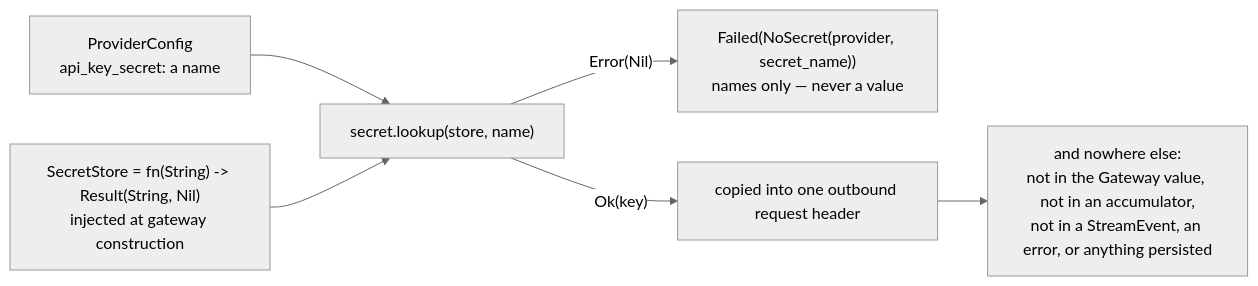
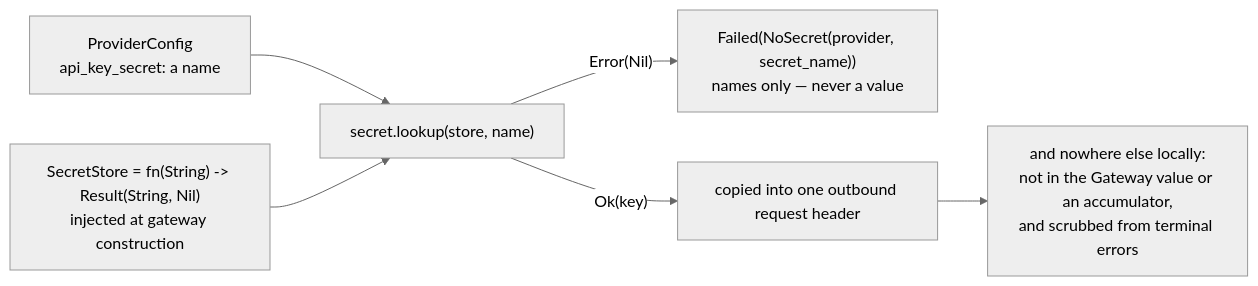
The fourth of 4 diagrams in packages/provider/README.md (Roasbeef/loom), drawn with Mermaid (neutral theme) before and after one commit. The commit also changed other lines of this file and 15 other files, not shown here.

````diff
--- a/packages/provider/README.md
+++ b/packages/provider/README.md
@@ -208,8 +209,8 @@
 ```mermaid
 flowchart LR
   CFG["ProviderConfig<br/>api_key_secret: a name"] --> LK["secret.lookup(store, name)"]
   ST["SecretStore = fn(String) -> Result(String, Nil)<br/>injected at gateway construction"] --> LK
   LK -->|"Error(Nil)"| NS["Failed(NoSecret(provider, secret_name))<br/>names only — never a value"]
   LK -->|"Ok(key)"| HDR["copied into one outbound request header"]
-  HDR --> X["and nowhere else:<br/>not in the Gateway value, not in an accumulator,<br/>not in a StreamEvent, an error, or anything persisted"]
+  HDR --> X["and nowhere else locally:<br/>not in the Gateway value or an accumulator,<br/>and scrubbed from terminal errors"]
 ```
````
